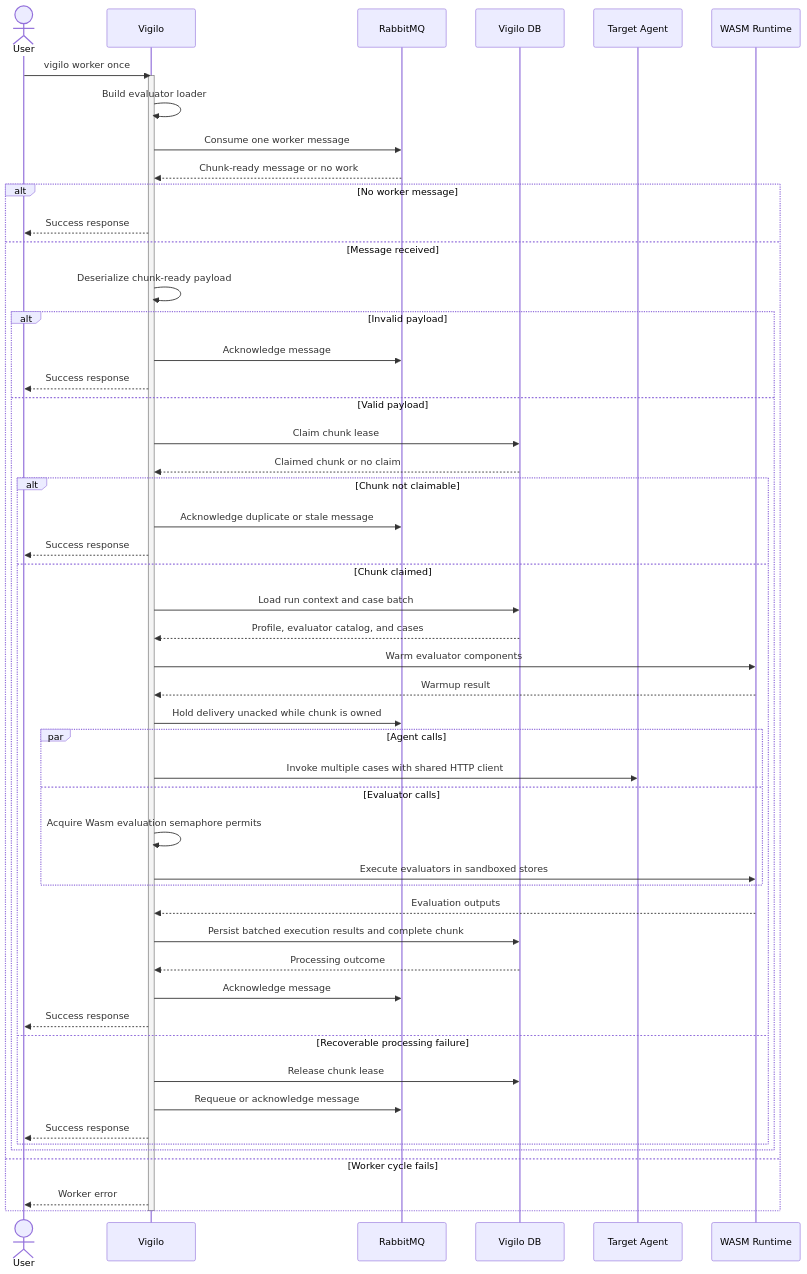
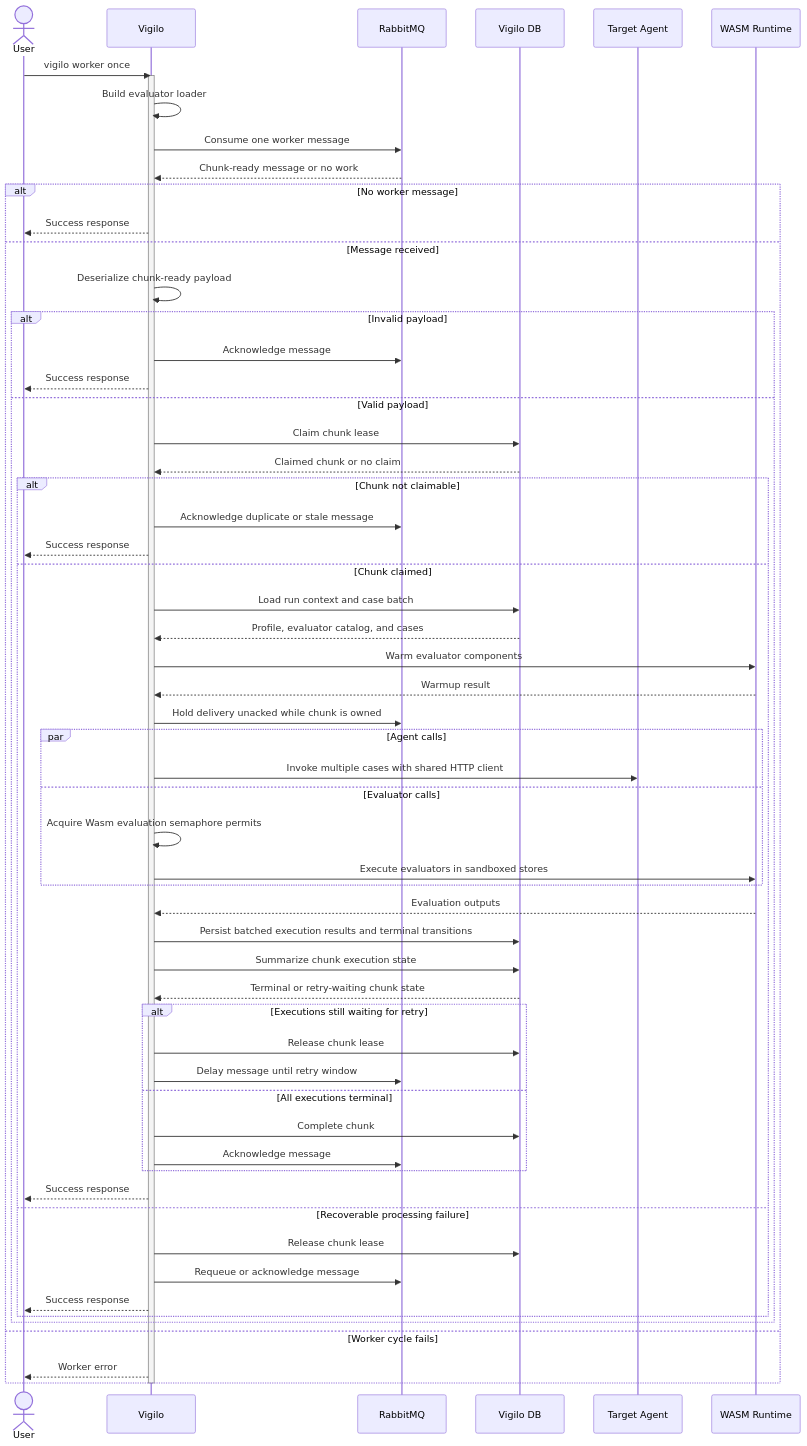
Before and after one commit to gregl83/agent-vigilo: the diagram in web/docs/architecture/flows/worker/once/execution-flow.mmd, drawn with Mermaid. The commit also changed 26 other files, not shown here.

Commit message:
add retries to chunk case executions

```diff
--- a/web/docs/architecture/flows/worker/once/execution-flow.mmd
+++ b/web/docs/architecture/flows/worker/once/execution-flow.mmd
@@ -1,63 +1,70 @@
 ---
 config:
   flowchart:
     nodeSpacing: 150
     rankSpacing: 80
   themeVariables:
     edgeLabelBackground: 'transparent'
 ---
 sequenceDiagram
     actor User
     participant Vigilo
     participant Queue as RabbitMQ
     participant DB as Vigilo DB
     participant Agent as Target Agent
     participant WASM as WASM Runtime
 
     User->>Vigilo: vigilo worker once
     activate Vigilo
     Vigilo->>Vigilo: Build evaluator loader
     Vigilo->>Queue: Consume one worker message
     Queue-->>Vigilo: Chunk-ready message or no work
 
     alt No worker message
         Vigilo-->>User: Success response
     else Message received
         Vigilo->>Vigilo: Deserialize chunk-ready payload
         alt Invalid payload
             Vigilo->>Queue: Acknowledge message
             Vigilo-->>User: Success response
         else Valid payload
             Vigilo->>DB: Claim chunk lease
             DB-->>Vigilo: Claimed chunk or no claim
 
             alt Chunk not claimable
                 Vigilo->>Queue: Acknowledge duplicate or stale message
                 Vigilo-->>User: Success response
             else Chunk claimed
                 Vigilo->>DB: Load run context and case batch
                 DB-->>Vigilo: Profile, evaluator catalog, and cases
                 Vigilo->>WASM: Warm evaluator components
                 WASM-->>Vigilo: Warmup result
                 Vigilo->>Queue: Hold delivery unacked while chunk is owned
                 par Agent calls
                     Vigilo->>Agent: Invoke multiple cases with shared HTTP client
                 and Evaluator calls
                     Vigilo->>Vigilo: Acquire Wasm evaluation semaphore permits
                     Vigilo->>WASM: Execute evaluators in sandboxed stores
                 end
                 WASM-->>Vigilo: Evaluation outputs
-                Vigilo->>DB: Persist batched execution results and complete chunk
-                DB-->>Vigilo: Processing outcome
-                Vigilo->>Queue: Acknowledge message
+                Vigilo->>DB: Persist batched execution results and terminal transitions
+                Vigilo->>DB: Summarize chunk execution state
+                DB-->>Vigilo: Terminal or retry-waiting chunk state
+                alt Executions still waiting for retry
+                    Vigilo->>DB: Release chunk lease
+                    Vigilo->>Queue: Delay message until retry window
+                else All executions terminal
+                    Vigilo->>DB: Complete chunk
+                    Vigilo->>Queue: Acknowledge message
+                end
                 Vigilo-->>User: Success response
             else Recoverable processing failure
                 Vigilo->>DB: Release chunk lease
                 Vigilo->>Queue: Requeue or acknowledge message
                 Vigilo-->>User: Success response
             end
         end
     else Worker cycle fails
         Vigilo-->>User: Worker error
     end
     deactivate Vigilo
```
